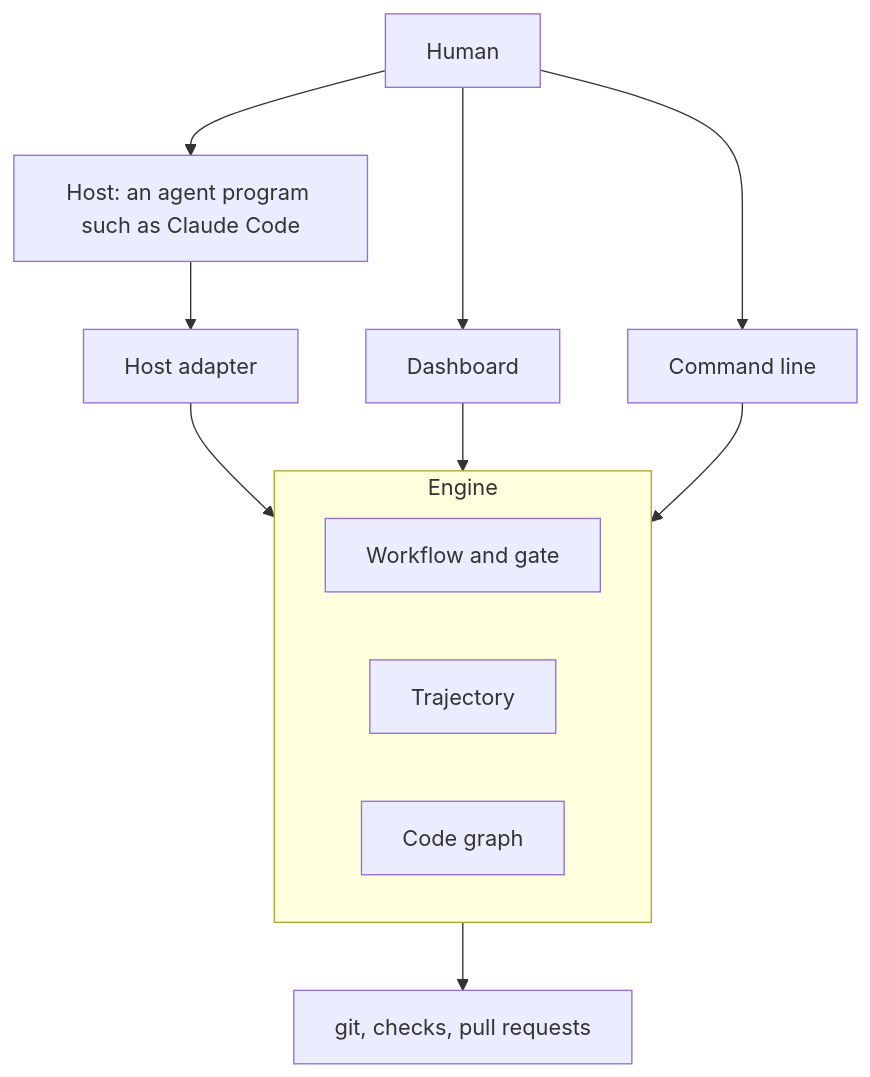
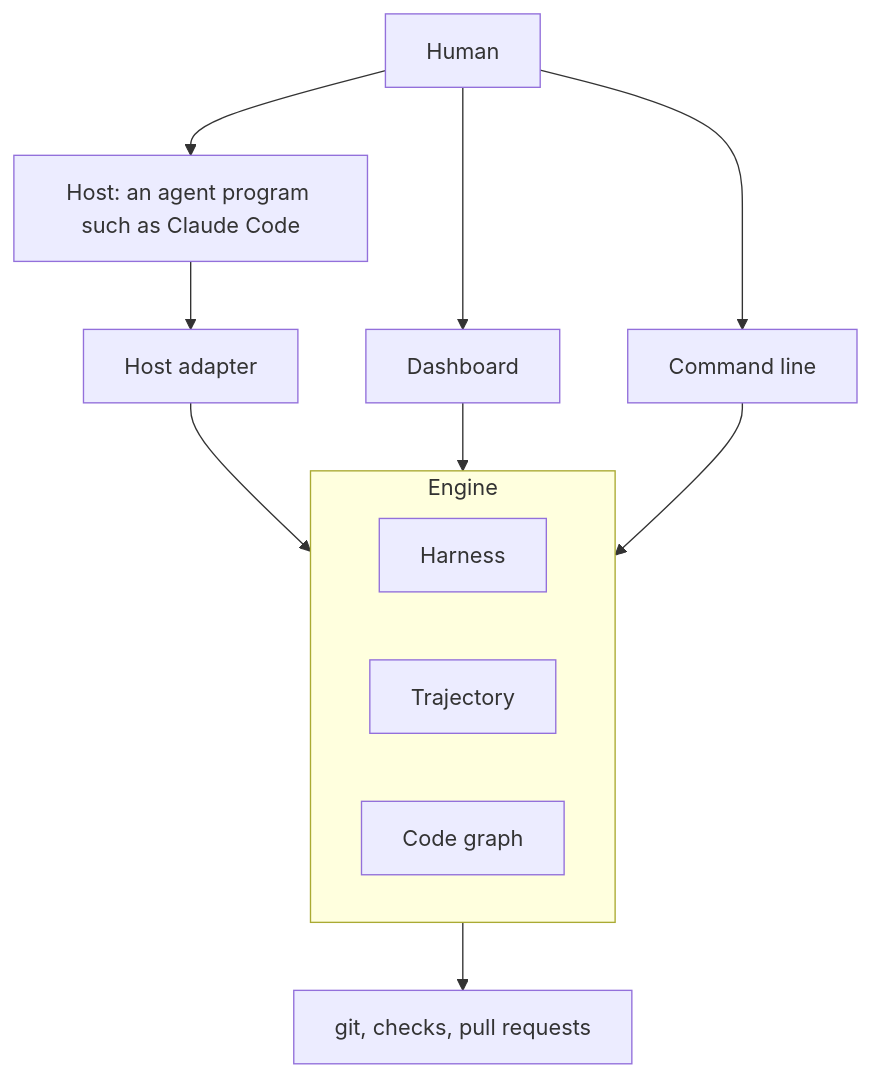
One commit to trustmybot/tmb changed the diagram in docs/architecture/README.md. Above: the diagram before and after it, drawn with Mermaid. The commit also changed other lines of this file and 37 other files, not shown here.

````diff
--- a/docs/architecture/README.md
+++ b/docs/architecture/README.md
@@ -9,16 +7,16 @@
 ```mermaid
 flowchart TD
-    H[Human] --> Host[Host: an agent program such as Claude Code]
-    H --> D[Dashboard]
-    H --> C[Command line]
-    Host --> A[Host adapter]
+    H["Human"] --> Host["Host: an agent program such as Claude Code"]
+    H --> D["Dashboard"]
+    H --> C["Command line"]
+    Host --> A["Host adapter"]
     A --> E
     D --> E
     C --> E
-    subgraph E[Engine]
-        W[Workflow and gate]
-        T[Trajectory]
-        G[Code graph]
+    subgraph E["Engine"]
+        W["Harness"]
+        T["Trajectory"]
+        G["Code graph"]
     end
-    E --> Git[git, checks, pull requests]
+    E --> Git["git, checks, pull requests"]
 ```
````
